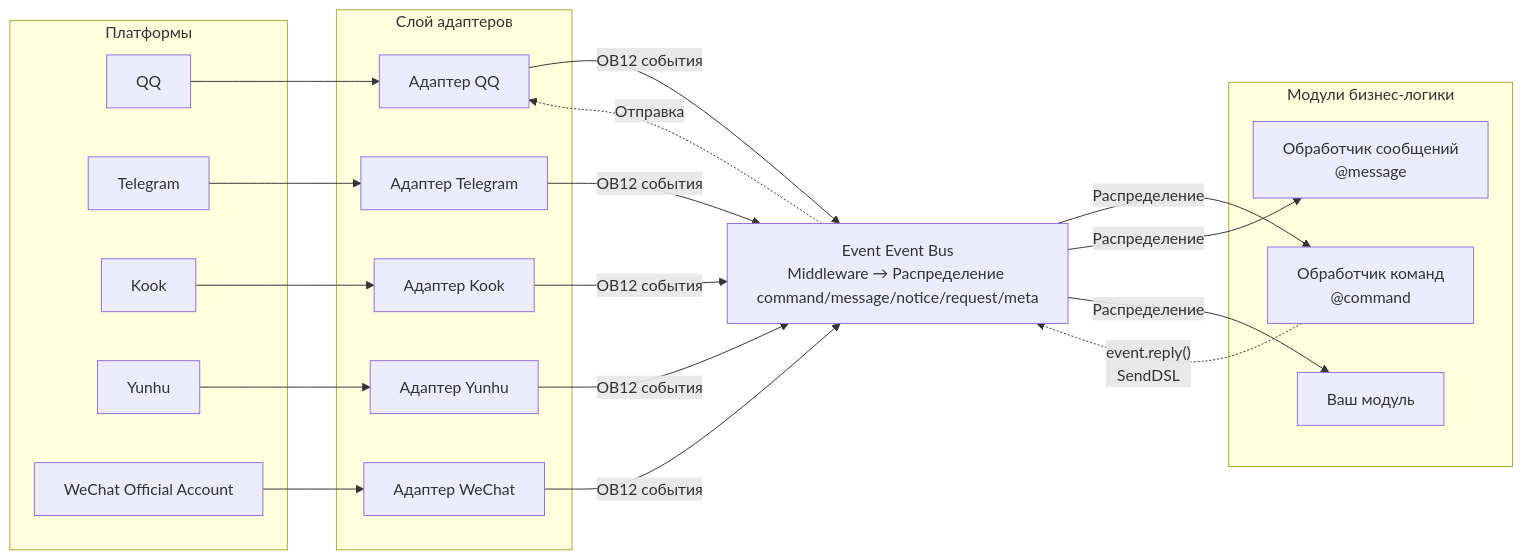
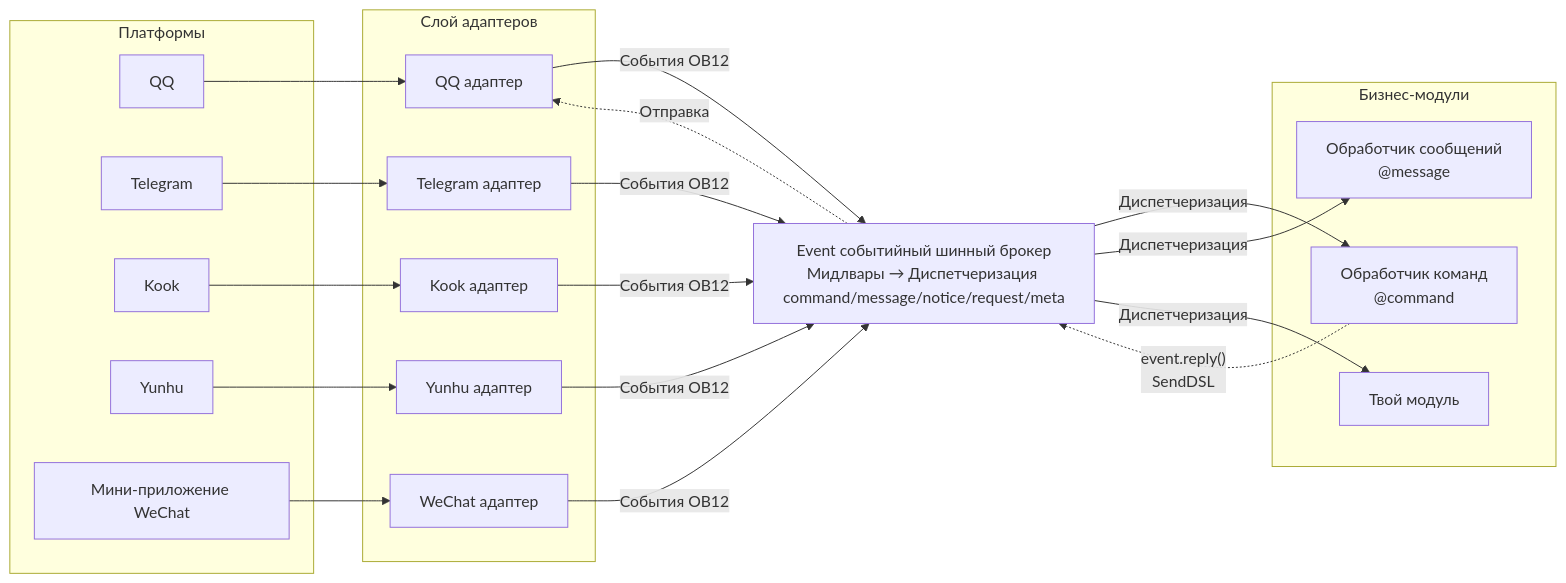
The first of 2 diagrams in README.ru.md (ErisPulse/ErisPulse), drawn with Mermaid before and after one commit. The commit also changed other lines of this file and 251 other files, not shown here.

````diff
--- a/README.ru.md
+++ b/README.ru.md
@@ -111,45 +121,45 @@
 ```mermaid
 graph LR
     subgraph Platforms[Платформы]
         QQ["QQ"]
         TG["Telegram"]
         Kook["Kook"]
         YH["Yunhu"]
-        WX["WeChat Official Account"]
+        WX["Мини-приложение WeChat"]
     end
 
     subgraph Adapters[Слой адаптеров]
-        A1["Адаптер QQ"]
-        A2["Адаптер Telegram"]
-        A3["Адаптер Kook"]
-        A4["Адаптер Yunhu"]
-        A5["Адаптер WeChat"]
+        A1["QQ адаптер"]
+        A2["Telegram адаптер"]
+        A3["Kook адаптер"]
+        A4["Yunhu адаптер"]
+        A5["WeChat адаптер"]
     end
 
-    Event["Event Event Bus<br/>Middleware → Распределение command/message/notice/request/meta"]
+    Event["Event событийный шинный брокер<br/>Мидлвары → Диспетчеризация command/message/notice/request/meta"]
 
-    subgraph Modules[Модули бизнес-логики]
+    subgraph Modules[Бизнес-модули]
         M1["Обработчик команд<br/>@command"]
         M2["Обработчик сообщений<br/>@message"]
-        M3["Ваш модуль"]
+        M3["Твой модуль"]
     end
 
     QQ --> A1
     TG --> A2
     Kook --> A3
     YH --> A4
     WX --> A5
 
-    A1 -->|"OB12 события"| Event
-    A2 -->|"OB12 события"| Event
-    A3 -->|"OB12 события"| Event
-    A4 -->|"OB12 события"| Event
-    A5 -->|"OB12 события"| Event
+    A1 -->|"События OB12"| Event
+    A2 -->|"События OB12"| Event
+    A3 -->|"События OB12"| Event
+    A4 -->|"События OB12"| Event
+    A5 -->|"События OB12"| Event
 
-    Event -->|"Распределение"| M1
-    Event -->|"Распределение"| M2
-    Event -->|"Распределение"| M3
+    Event -->|"Диспетчеризация"| M1
+    Event -->|"Диспетчеризация"| M2
+    Event -->|"Диспетчеризация"| M3
 
     M1 -.->|"event.reply()<br/>SendDSL"| Event
     Event -.->|"Отправка"| A1
 ```
````
